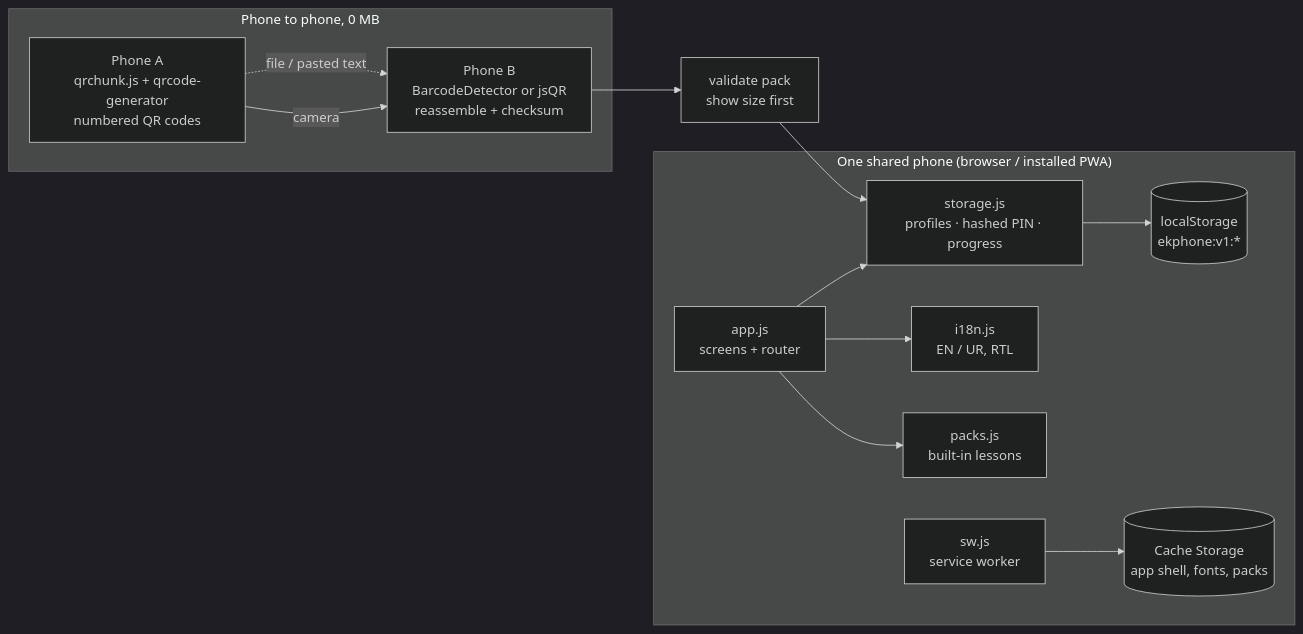
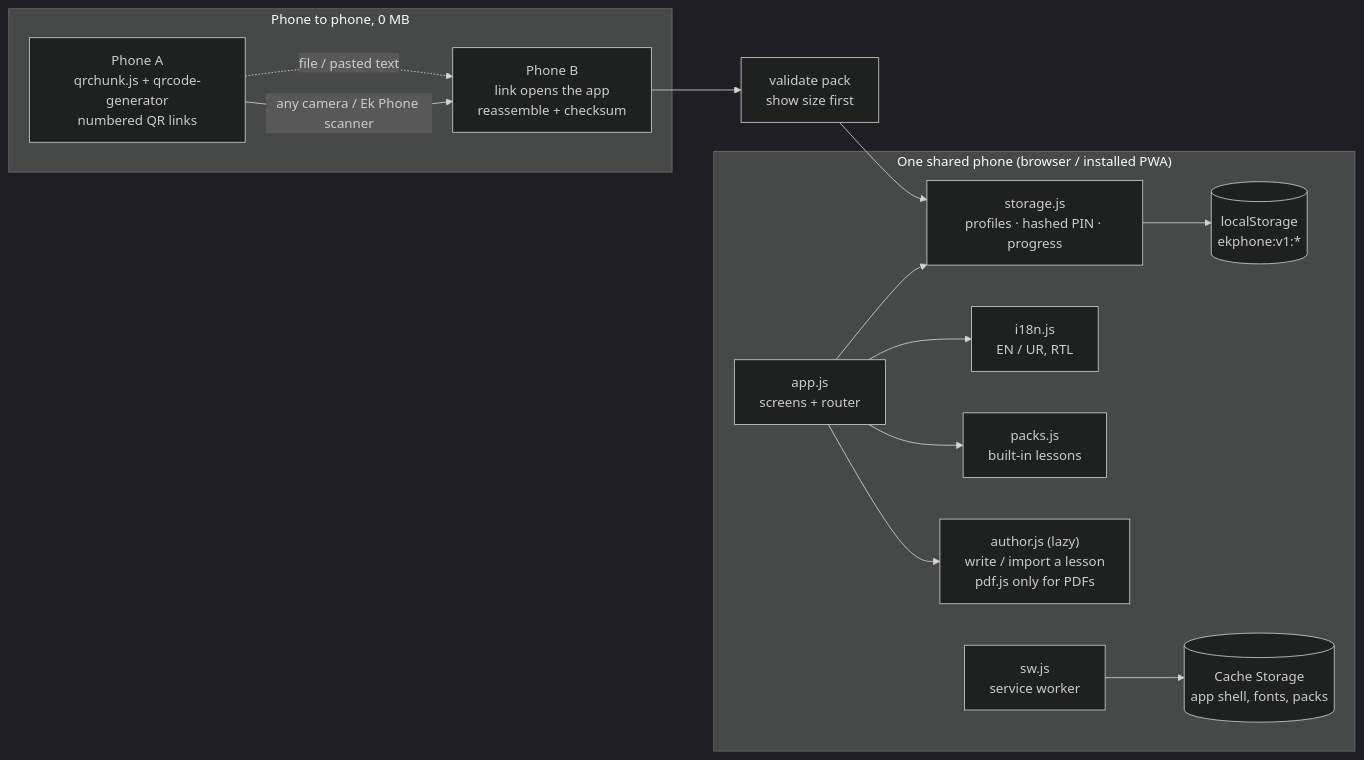
The diagram in README.md (MuhammadFaizan-prog/ekphone), drawn with Mermaid (dark theme) before and after one commit. The commit also changed other lines of this file, not shown here.

Commit message:
README: shared-phone angle first, 60-second judge path, rubric map, before/after + refreshed evidence, real-device check, video

````diff
--- a/README.md
+++ b/README.md
@@ -106,15 +172,16 @@
 ```mermaid
 flowchart LR
   subgraph Phone["One shared phone (browser / installed PWA)"]
     UI["app.js<br/>screens + router"] --> ST["storage.js<br/>profiles · hashed PIN · progress"]
     ST --> LS[("localStorage<br/>ekphone:v1:*")]
     UI --> I18N["i18n.js<br/>EN / UR, RTL"]
     UI --> PK["packs.js<br/>built-in lessons"]
+    UI --> AU["author.js (lazy)<br/>write / import a lesson<br/>pdf.js only for PDFs"]
     SW["sw.js<br/>service worker"] --> CACHE[("Cache Storage<br/>app shell, fonts, packs")]
   end
   subgraph Share["Phone to phone, 0 MB"]
-    A["Phone A<br/>qrchunk.js + qrcode-generator<br/>numbered QR codes"] -- camera --> B["Phone B<br/>BarcodeDetector or jsQR<br/>reassemble + checksum"]
+    A["Phone A<br/>qrchunk.js + qrcode-generator<br/>numbered QR links"] -- "any camera / Ek Phone scanner" --> B["Phone B<br/>link opens the app<br/>reassemble + checksum"]
     A -. file / pasted text .-> B
   end
   B --> V["validate pack<br/>show size first"] --> ST
 ```
````
